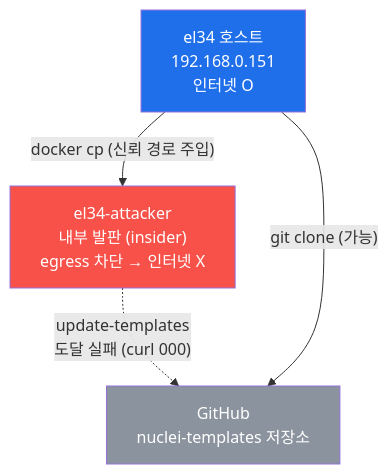
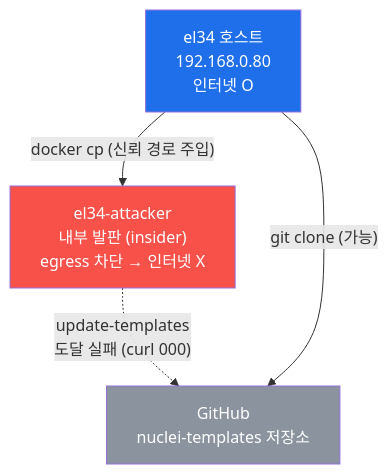
The third of 8 diagrams in contents/training/web-vuln/lecture_week13.md (mrgrit/tw2), drawn with Mermaid before and after one commit. The commit also changed other lines of this file and 119 other files, not shown here.

````diff
--- a/contents/training/web-vuln/lecture_week13.md
+++ b/contents/training/web-vuln/lecture_week13.md
@@ -239,12 +239,12 @@
 ```mermaid
 graph TD
     ATK["el34-attacker<br/>내부 발판 (insider)<br/>egress 차단 → 인터넷 X"]
     GH["GitHub<br/>nuclei-templates 저장소"]
-    HOST["el34 호스트<br/>192.168.0.151<br/>인터넷 O"]
+    HOST["el34 호스트<br/>192.168.0.80<br/>인터넷 O"]
     ATK -.->|"update-templates<br/>도달 실패 (curl 000)"| GH
     HOST -->|"git clone (가능)"| GH
     HOST -->|"docker cp (신뢰 경로 주입)"| ATK
     style ATK fill:#f85149,color:#fff
     style GH fill:#8b949e,color:#fff
     style HOST fill:#1f6feb,color:#fff
 ```
````
